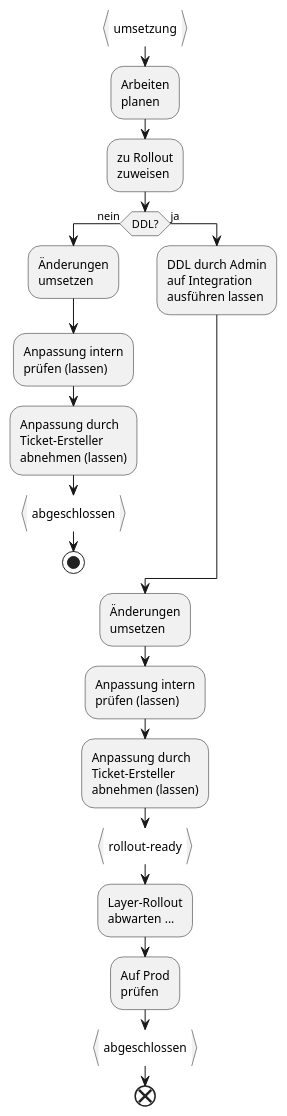
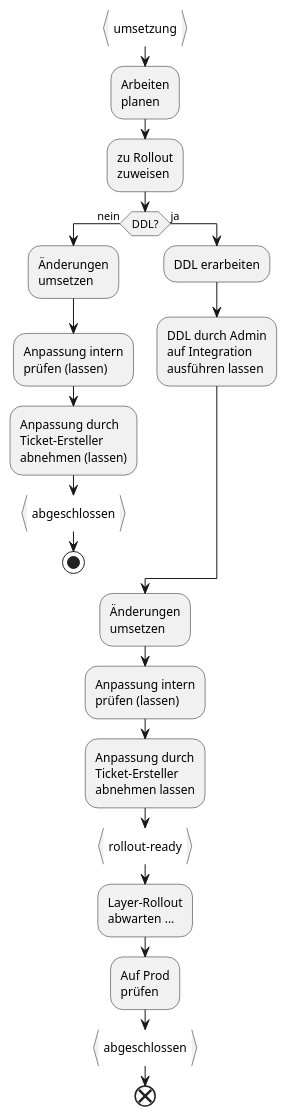
One commit to ojeker/docktick changed the diagram in puml/src/flow_rollout.puml. Above: the diagram before and after it, drawn with PlantUML. The commit also changed 1 other file, not shown here.

```diff
--- a/puml/src/flow_rollout.puml
+++ b/puml/src/flow_rollout.puml
@@ -1,47 +1,48 @@
 @startuml
 |AGI-Mitarbeiter|
 
 :umsetzung}
 
 :Arbeiten
 planen;
 
 :zu Rollout
 zuweisen;
 
 if (DDL?) then (nein)
   :Änderungen
   umsetzen;
   :Anpassung intern
   prüfen (lassen);
   :Anpassung durch
   Ticket-Ersteller
   abnehmen (lassen);
   :abgeschlossen}
   stop
 else (ja)
+  :DDL erarbeiten;
   :DDL durch Admin
   auf Integration
   ausführen lassen;
 
 endif
 
 :Änderungen
 umsetzen;
 
 :Anpassung intern
 prüfen (lassen);
 :Anpassung durch
 Ticket-Ersteller
-abnehmen (lassen);
+abnehmen lassen;
 :rollout-ready}
 
 :Layer-Rollout
 abwarten ...;
 
 :Auf Prod
 prüfen;
 :abgeschlossen}
 
 end
 @enduml
```
